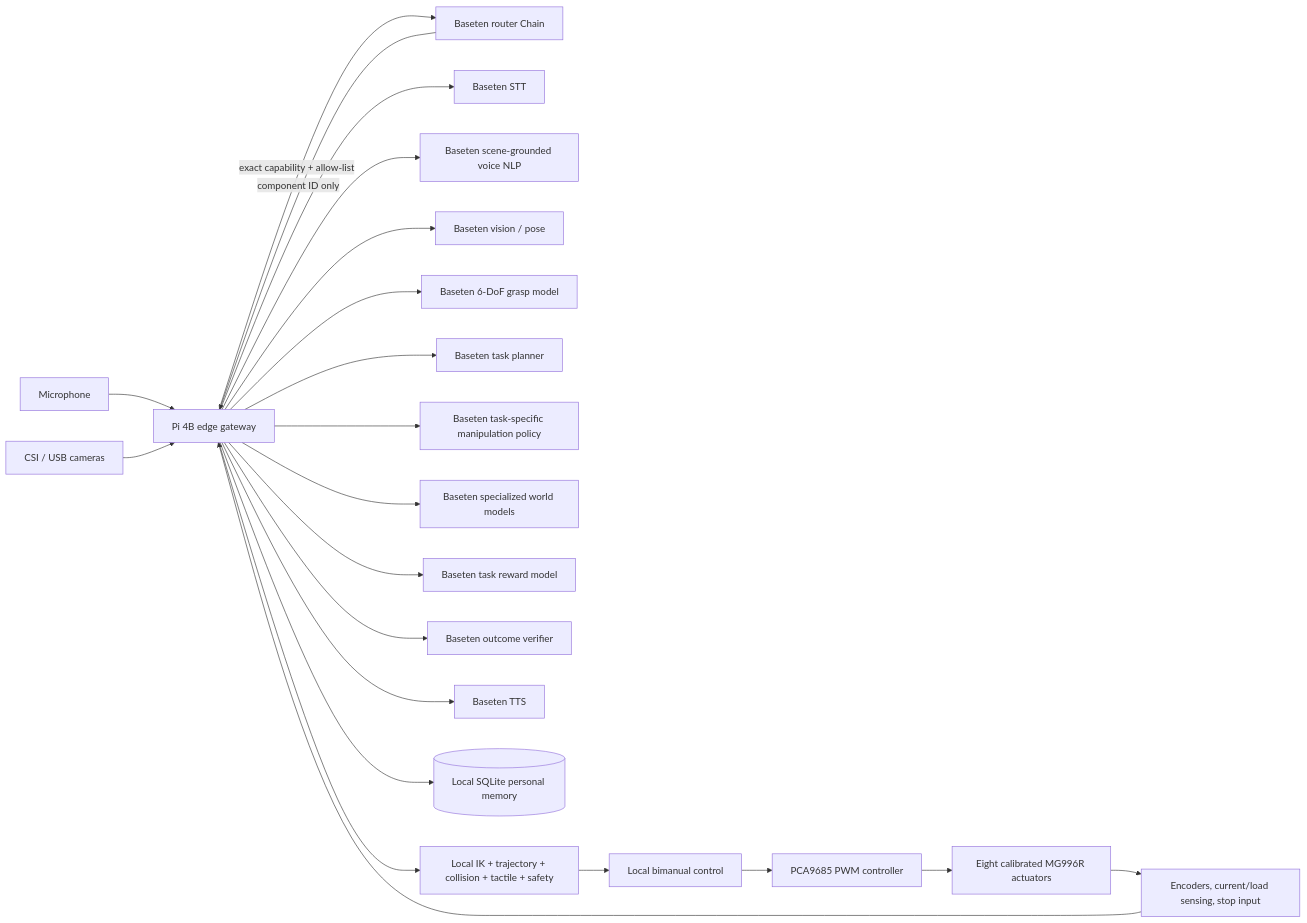
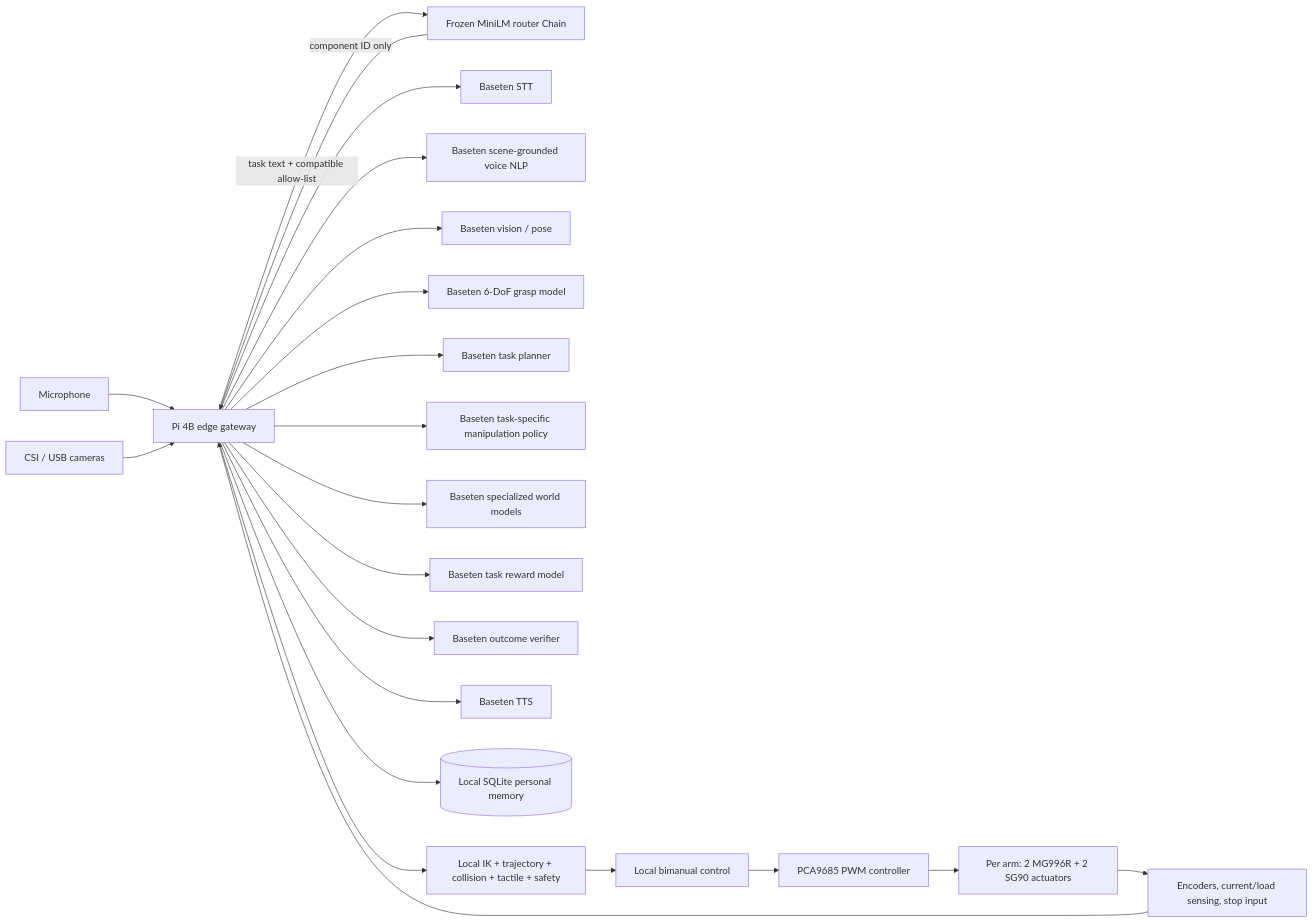
One commit to BestCody/HTN2026 changed the diagram in docs/pi4-baseten-architecture.md. Above: the diagram before and after it, drawn with Mermaid. The commit also changed other lines of this file and 82 other files, not shown here.

````diff
--- a/docs/pi4-baseten-architecture.md
+++ b/docs/pi4-baseten-architecture.md
@@ -9,24 +9,24 @@
 ```mermaid
 flowchart LR
     MIC[Microphone] --> PI[Pi 4B edge gateway]
     CAM[CSI / USB cameras] --> PI
-    PI -->|exact capability + allow-list| ROUTER[Baseten router Chain]
+    PI -->|task text + compatible allow-list| ROUTER[Frozen MiniLM router Chain]
     ROUTER -->|component ID only| PI
     PI --> STT[Baseten STT]
     PI --> VNLP[Baseten scene-grounded voice NLP]
     PI --> VISION[Baseten vision / pose]
     PI --> GRASP[Baseten 6-DoF grasp model]
     PI --> PLAN[Baseten task planner]
     PI --> POLICY[Baseten task-specific manipulation policy]
     PI --> WORLD[Baseten specialized world models]
     PI --> REWARD[Baseten task reward model]
     PI --> OUTCOME[Baseten outcome verifier]
     PI --> TTS[Baseten TTS]
     PI --> MEM[(Local SQLite personal memory)]
     PI --> LOCAL[Local IK + trajectory + collision + tactile + safety]
     LOCAL --> CTRL[Local bimanual control]
     CTRL --> PCA[PCA9685 PWM controller]
-    PCA --> ARMS[Eight calibrated MG996R actuators]
+    PCA --> ARMS[Per arm: 2 MG996R + 2 SG90 actuators]
     ARMS --> SENSORS[Encoders, current/load sensing, stop input]
     SENSORS --> PI
 ```
````
